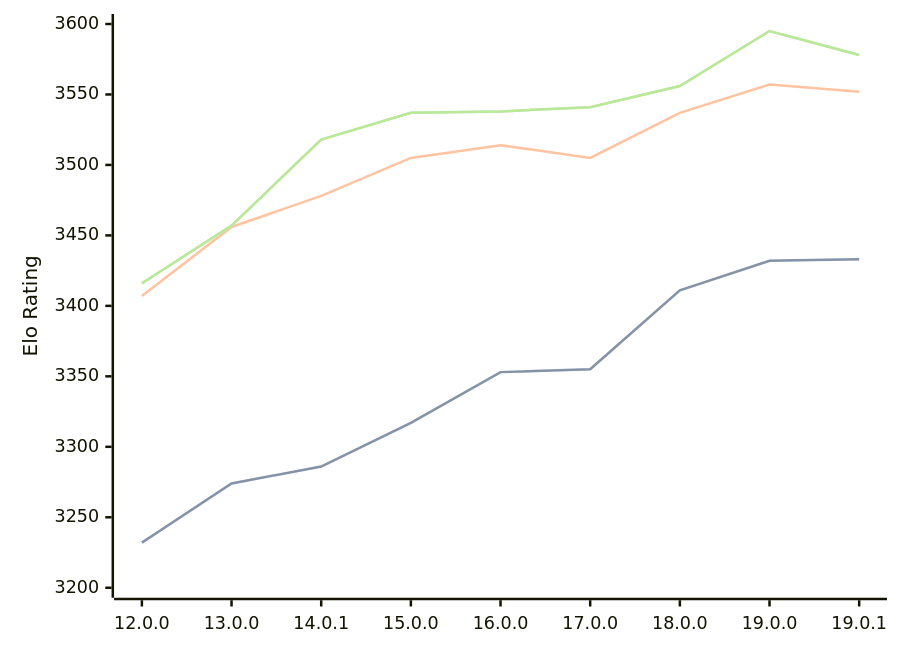
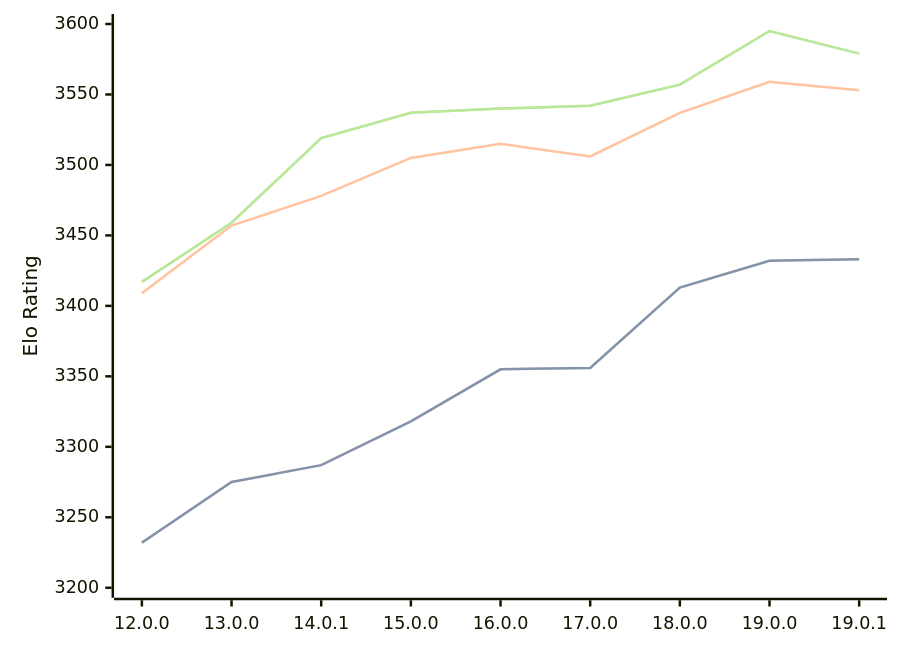
Before and after one commit to computer-chess-index/cci: the diagram in engines/Viridithas.md, drawn with Mermaid. The commit also changed other lines of this file, not shown here.

Commit message:
Update CCI Ratings (ELO VLTC) - 2026-04-07

````diff
--- a/engines/Viridithas.md
+++ b/engines/Viridithas.md
@@ -63,11 +63,11 @@
 ```mermaid
 %%{init: {"theme":"base","themeVariables":{"seriesColors:['#a3a3a3','#222221','#faa371']}}}%%
 xychart-beta
   x-axis ["12.0.0", "13.0.0", "14.0.1", "15.0.0", "16.0.0", "17.0.0", "18.0.0", "19.0.0", "19.0.1"]
   y-axis "Elo Rating" 3200 --> 3600
-  line "STC (8.0+0.08s)" [3232, 3274, 3286, 3317, 3353, 3355, 3411, 3432, 3433]
-  line "STC (8.0+0.08s)" [3232, 3274, 3286, 3317, 3353, 3355, 3411, 3432, 3433]
-  line "LTC (60.0+0.60s)" [3407, 3456, 3478, 3505, 3514, 3505, 3537, 3557, 3552]
-  line "VLTC (2m24s+1.12s)" [3416, 3457, 3518, 3537, 3538, 3541, 3556, 3595, 3578]
-  line "VLTC (2m24s+1.12s)" [3416, 3457, 3518, 3537, 3538, 3541, 3556, 3595, 3578]
+  line "STC (8.0+0.08s)" [3232, 3275, 3287, 3318, 3355, 3356, 3413, 3432, 3433]
+  line "STC (8.0+0.08s)" [3232, 3275, 3287, 3318, 3355, 3356, 3413, 3432, 3433]
+  line "LTC (60.0+0.60s)" [3409, 3457, 3478, 3505, 3515, 3506, 3537, 3559, 3553]
+  line "VLTC (2m24s+1.12s)" [3417, 3459, 3519, 3537, 3540, 3542, 3557, 3595, 3579]
+  line "VLTC (2m24s+1.12s)" [3417, 3459, 3519, 3537, 3540, 3542, 3557, 3595, 3579]
 ```
````
